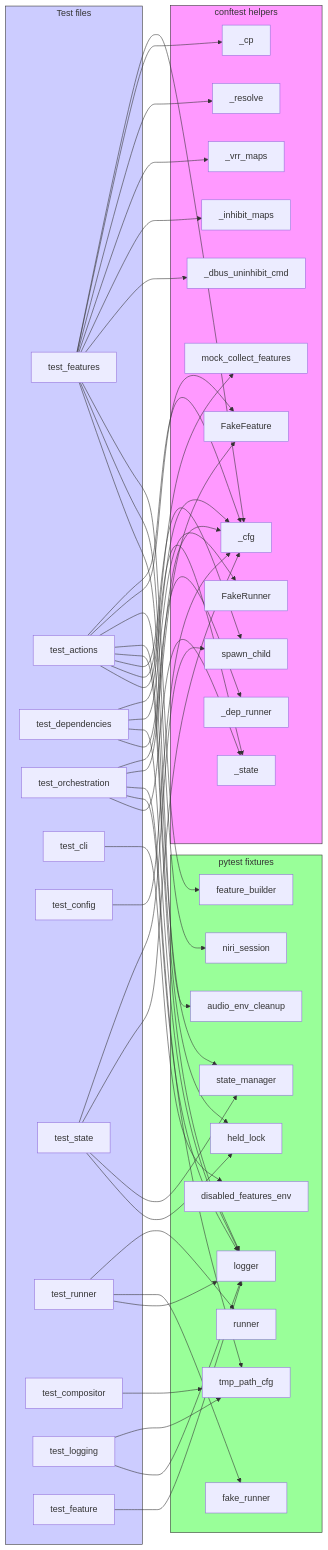
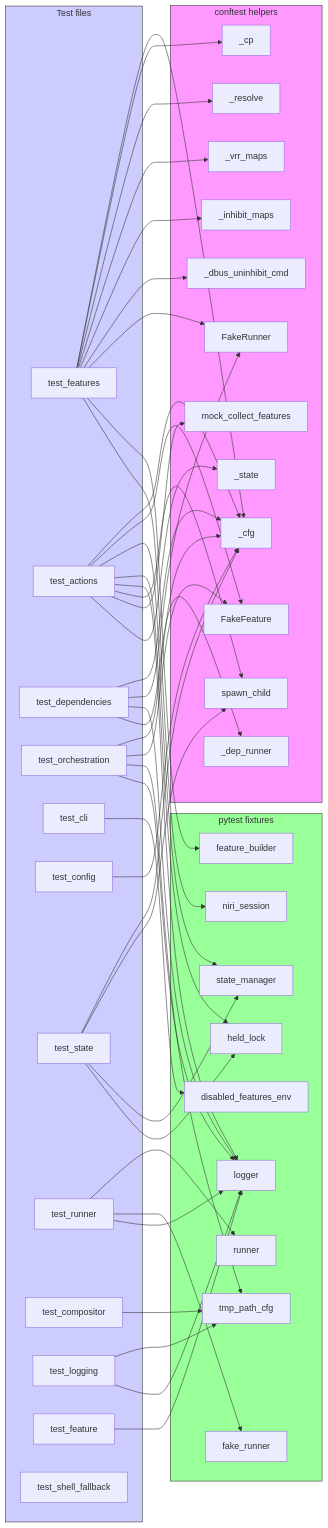
One commit to WombatFromHell/beryl-gamemode changed the third of 4 diagrams in TEST_DESIGN.md. Above: the diagram before and after it, drawn with Mermaid. The commit also changed other lines of this file and 28 other files, not shown here.

```diff
--- a/TEST_DESIGN.md
+++ b/TEST_DESIGN.md
@@ -186,7 +189,6 @@
         state_mgr["state_manager"]
         held_lock["held_lock"]
         disabled_env["disabled_features_env"]
-        audio_cleanup["audio_env_cleanup"]
     end
 
     subgraph consumers["Test files"]
@@ -201,6 +203,7 @@
         test_compositor["test_compositor"]
         test_logging["test_logging"]
         test_feature["test_feature"]
+        test_shell["test_shell_fallback"]
     end
 
     test_features --> cfg
@@ -209,9 +212,9 @@
     test_features --> vrr_maps
     test_features --> inhibit_maps
     test_features --> dbus_uninhibit
+    test_features --> fake_runner
     test_features --> feat_builder
     test_features --> niri_sess
-    test_features --> audio_cleanup
 
     test_actions --> cfg
     test_actions --> fake_feature
@@ -231,17 +234,15 @@
     test_orch --> fake_feature
     test_orch --> tmp_path_cfg
     test_orch --> logger
-    test_orch --> state_helper
 
+    test_state --> cfg
     test_state --> spawn_child
+    test_state --> state_mgr
+    test_state --> held_lock
 
     test_cli --> disabled_env
 
     test_config --> cfg
-
-    test_state --> cfg
-    test_state --> state_mgr
-    test_state --> held_lock
 
     test_runner --> runner
     test_runner --> fake_runner_f
```
